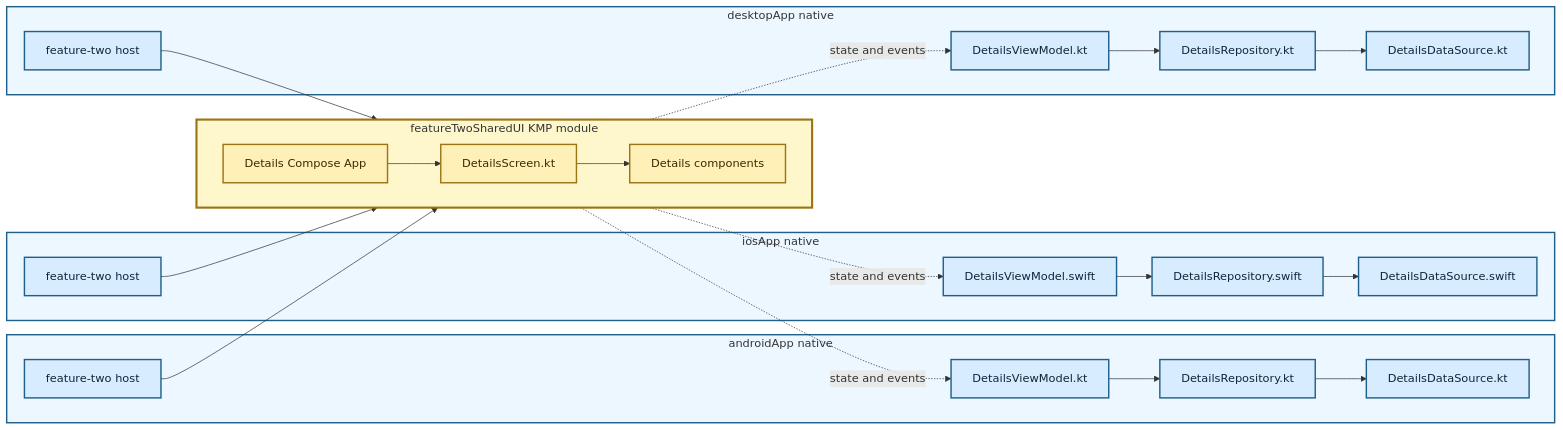
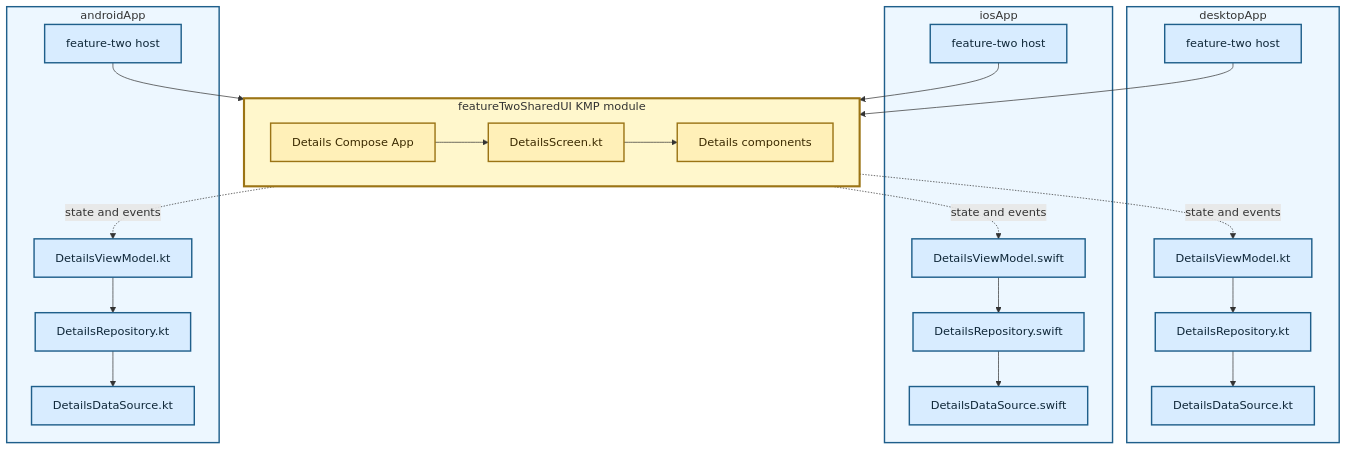
Before and after one commit to TheSetox/kmp-sample-diagrams: the diagram in diagrams/12-modular-kmp-ui-layer.md, drawn with Mermaid. The commit also changed 19 other files, not shown here.

Commit message:
docs: align platform diagram boxes

````diff
--- a/diagrams/12-modular-kmp-ui-layer.md
+++ b/diagrams/12-modular-kmp-ui-layer.md
@@ -5,50 +5,50 @@
 ```mermaid
-flowchart LR
-  subgraph Android["androidApp native"]
-    AHost["feature-two host"]
-    AVM["DetailsViewModel.kt"]
-    ARepository["DetailsRepository.kt"]
-    ADataSource["DetailsDataSource.kt"]
-    AVM --> ARepository --> ADataSource
+flowchart TB
+  subgraph Desktop["desktopApp"]
+    DHost["feature-two host"]
+    DVM["DetailsViewModel.kt"]
+    DRepository["DetailsRepository.kt"]
+    DDataSource["DetailsDataSource.kt"]
+    DVM --> DRepository --> DDataSource
   end
 
-  subgraph IOS["iosApp native"]
+  subgraph IOS["iosApp"]
     IHost["feature-two host"]
     IVM["DetailsViewModel.swift"]
     IRepository["DetailsRepository.swift"]
     IDataSource["DetailsDataSource.swift"]
     IVM --> IRepository --> IDataSource
   end
 
-  subgraph Desktop["desktopApp native"]
-    DHost["feature-two host"]
-    DVM["DetailsViewModel.kt"]
-    DRepository["DetailsRepository.kt"]
-    DDataSource["DetailsDataSource.kt"]
-    DVM --> DRepository --> DDataSource
+  subgraph Android["androidApp"]
+    AHost["feature-two host"]
+    AVM["DetailsViewModel.kt"]
+    ARepository["DetailsRepository.kt"]
+    ADataSource["DetailsDataSource.kt"]
+    AVM --> ARepository --> ADataSource
   end
 
   subgraph KMP["featureTwoSharedUI KMP module"]
     direction LR
     App["Details Compose App"]
     Screen["DetailsScreen.kt"]
     Components["Details components"]
     App --> Screen --> Components
   end
 
   AHost --> App
   IHost --> App
   DHost --> App
   Screen -. "state and events" .-> AVM
   Screen -. "state and events" .-> IVM
   Screen -. "state and events" .-> DVM
 
   classDef app fill:#d8ecff,stroke:#1f5f8b,color:#0f2738,stroke-width:2px;
   classDef kmp fill:#fff0b8,stroke:#9b7415,color:#3b2a00,stroke-width:2px;
   class AHost,AVM,ARepository,ADataSource,IHost,IVM,IRepository,IDataSource,DHost,DVM,DRepository,DDataSource app;
   class App,Screen,Components kmp;
   style Android fill:#edf7ff,stroke:#1f5f8b,stroke-width:2px
   style IOS fill:#edf7ff,stroke:#1f5f8b,stroke-width:2px
   style Desktop fill:#edf7ff,stroke:#1f5f8b,stroke-width:2px
   style KMP fill:#fff7cc,stroke:#9b7415,stroke-width:3px
 ```
````
